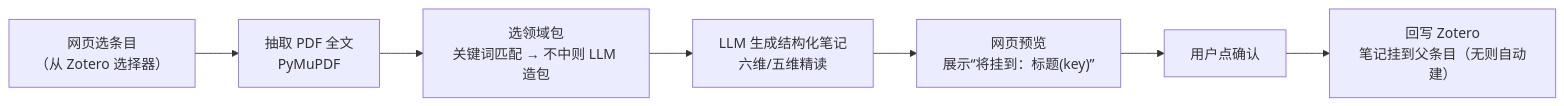
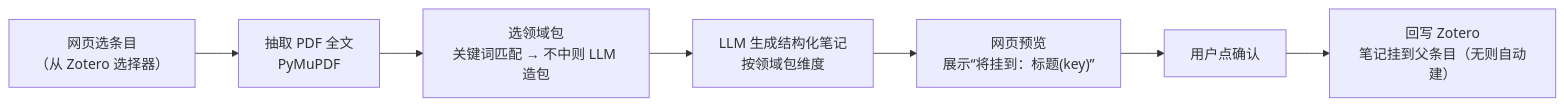
One commit to kibsonlove/literature_flow changed the second of 2 diagrams in docs/项目架构与开发指南.md. Above: the diagram before and after it, drawn with Mermaid. The commit also changed other lines of this file and 7 other files, not shown here.

````diff
--- a/docs/项目架构与开发指南.md
+++ b/docs/项目架构与开发指南.md
@@ -185,9 +185,9 @@
 ```mermaid
 flowchart LR
     A["网页选条目<br/>（从 Zotero 选择器）"] --> B["抽取 PDF 全文<br/>PyMuPDF"]
     B --> C["选领域包<br/>关键词匹配 → 不中则 LLM 造包"]
-    C --> D["LLM 生成结构化笔记<br/>六维/五维精读"]
+    C --> D["LLM 生成结构化笔记<br/>按领域包维度"]
     D --> E["网页预览<br/>展示“将挂到：标题(key)”"]
     E --> F["用户点确认"]
     F --> G["回写 Zotero<br/>笔记挂到父条目（无则自动建）"]
 ```
````
